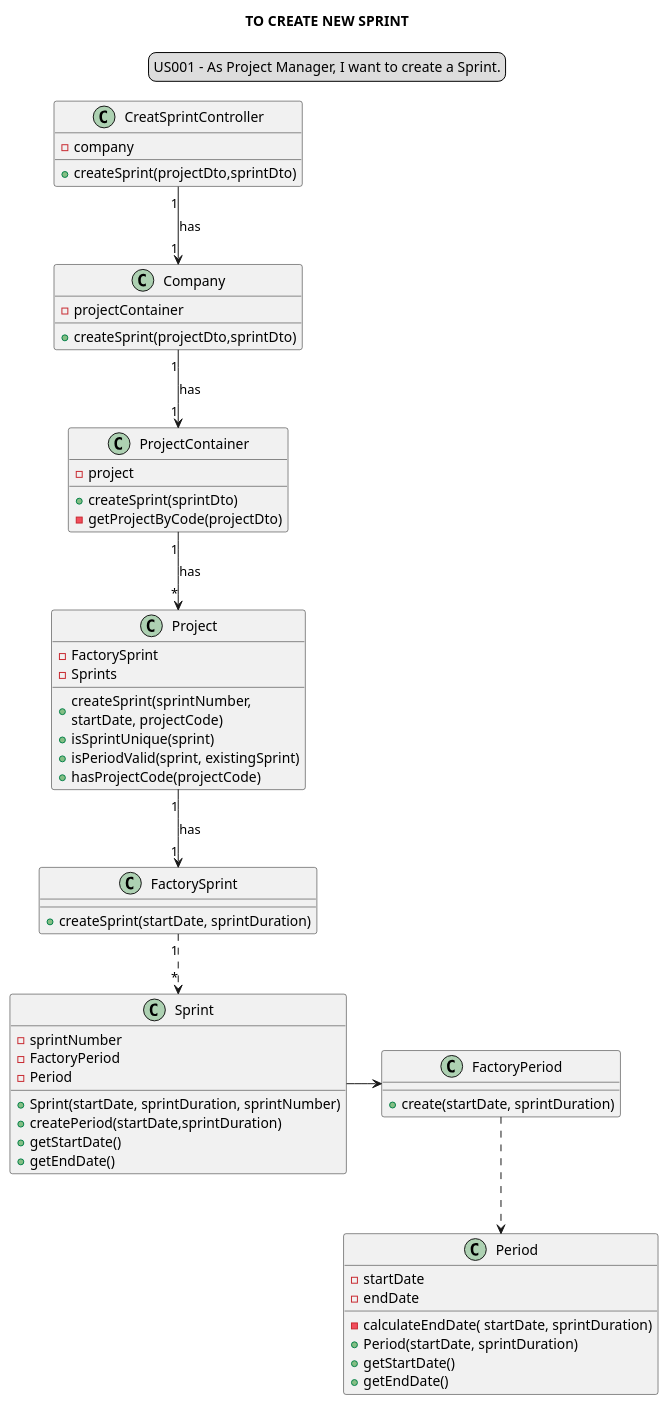
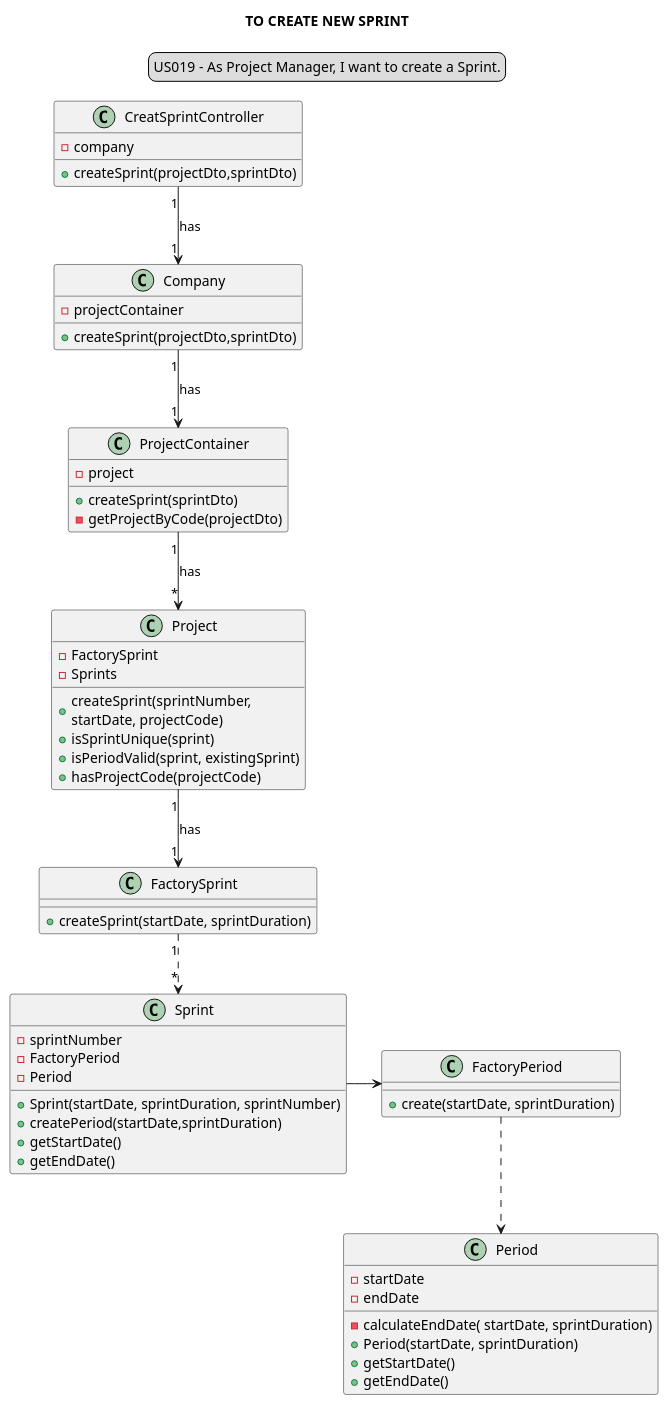
Before and after one commit to Loracline/project_switch_22-23: the diagram in docs/modelling_design/user_stories/sprint03/us019/US019_classDiagram.puml, drawn with PlantUML.

Commit message:
US019 : CD refined

```diff
--- a/docs/modelling_design/user_stories/sprint03/us019/US019_classDiagram.puml
+++ b/docs/modelling_design/user_stories/sprint03/us019/US019_classDiagram.puml
@@ -1,69 +1,69 @@
 @startuml
 'https://plantuml.com/class-diagram
 skinparam sequenceMessageAlign center
 title TO CREATE NEW SPRINT
 legend top
-US001 - As Project Manager, I want to create a Sprint.
+US019 - As Project Manager, I want to create a Sprint.
 end legend
 
 class CreatSprintController {
 - company
 + createSprint(projectDto,sprintDto)
 }
 CreatSprintController "1"-->"1" Company: has
 
 class Company {
 -projectContainer
 +createSprint(projectDto,sprintDto)
 }
 Company "1"-->"1" ProjectContainer : has
 
 class ProjectContainer {
 -project
 +createSprint(sprintDto)
 -getProjectByCode(projectDto)
 }
 ProjectContainer "1"-->"*" Project: has
 
 class Project {
 -FactorySprint
 -Sprints
 +createSprint(sprintNumber,\nstartDate, projectCode)
 +isSprintUnique(sprint)
 +isPeriodValid(sprint, existingSprint)
 +hasProjectCode(projectCode)
 }
 Project "1"-->"1" FactorySprint: has
 
 class FactorySprint {
 +createSprint(startDate, sprintDuration)
 }
 
 class Sprint {
 -sprintNumber
 -FactoryPeriod
 -Period
 +Sprint(startDate, sprintDuration, sprintNumber)
 +createPeriod(startDate,sprintDuration)
 +getStartDate()
 +getEndDate()
 }
 
 Sprint -> FactoryPeriod
 FactorySprint "1"..> "*"Sprint
 
 class FactoryPeriod {
 +create(startDate, sprintDuration)
 }
 
 FactoryPeriod ..> Period
 
 class Period {
 -startDate
 -endDate
 -calculateEndDate( startDate, sprintDuration)
 +Period(startDate, sprintDuration)
 +getStartDate()
 +getEndDate()
 }
 @enduml
```
